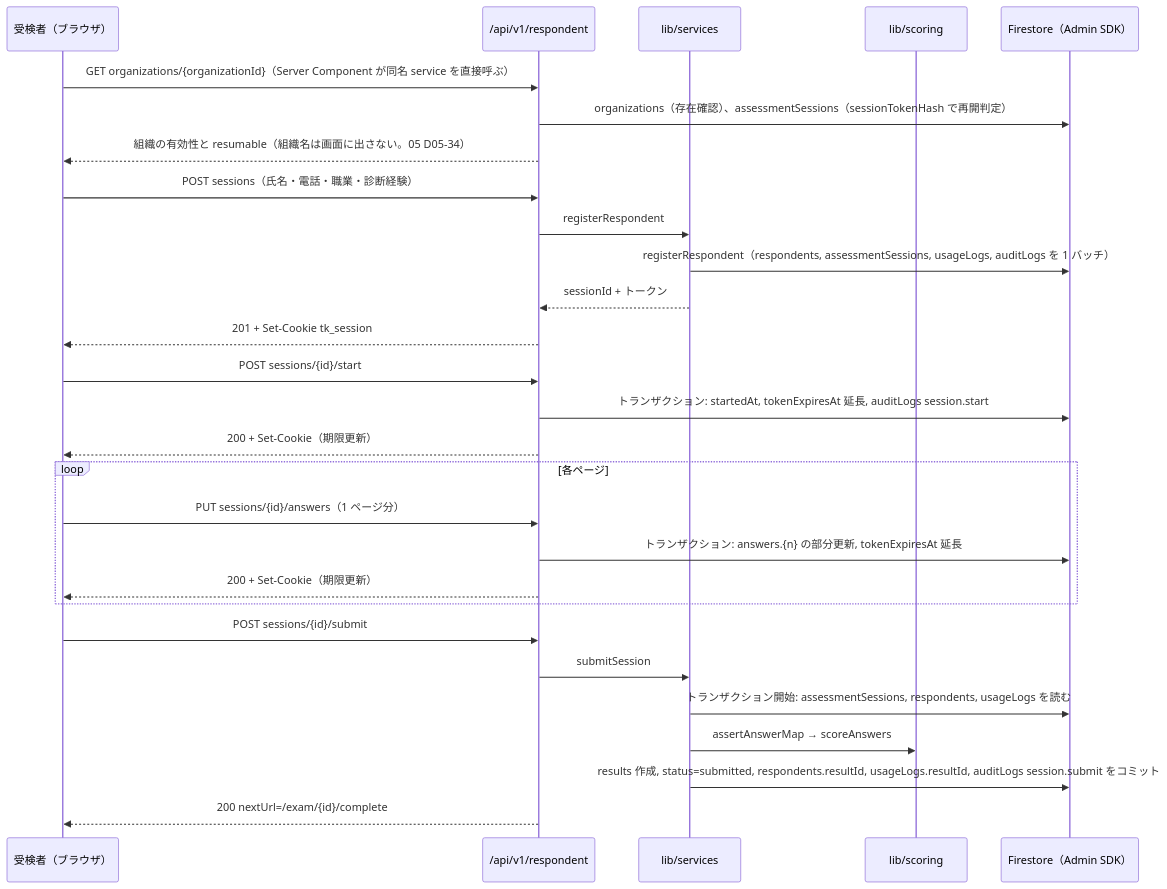
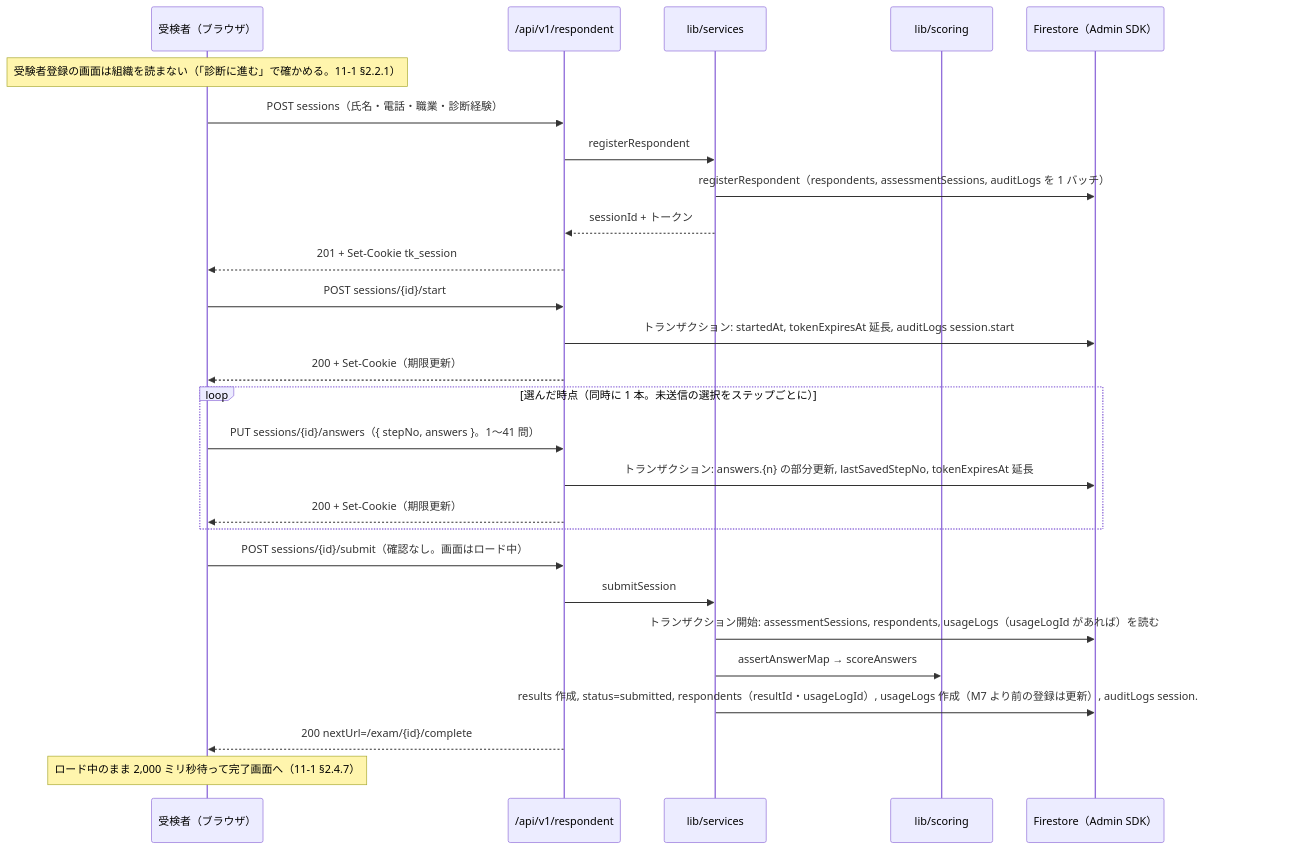
Before and after one commit to tanukichiyamaguchi/Tekisei-Kensa: the third of 7 diagrams in docs/基本設計/04_API設計.md, drawn with Mermaid. The commit also changed other lines of this file and 125 other files, not shown here.

First line of the commit message:
M7 PR-7.3: 受検者画面（4 ステップの受験・配色の基準・通知・API の stepNo・送信で作る利用履歴） (#21)

````diff
--- a/docs/基本設計/04_API設計.md
+++ b/docs/基本設計/04_API設計.md
@@ -1216,30 +1191,29 @@
 ```mermaid
 sequenceDiagram
     participant R as 受検者（ブラウザ）
     participant API as /api/v1/respondent
     participant S as lib/services
     participant SC as lib/scoring
     participant DB as Firestore（Admin SDK）
-    R->>API: GET organizations/{organizationId}（Server Component が同名 service を直接呼ぶ）
-    API->>DB: organizations（存在確認）、assessmentSessions（sessionTokenHash で再開判定）
-    API-->>R: 組織の有効性と resumable（組織名は画面に出さない。05 D05-34）
+    Note over R: 受験者登録の画面は組織を読まない（「診断に進む」で確かめる。11-1 §2.2.1）
     R->>API: POST sessions（氏名・電話・職業・診断経験）
     API->>S: registerRespondent
-    S->>DB: registerRespondent（respondents, assessmentSessions, usageLogs, auditLogs を 1 バッチ）
+    S->>DB: registerRespondent（respondents, assessmentSessions, auditLogs を 1 バッチ）
     S-->>API: sessionId + トークン
     API-->>R: 201 + Set-Cookie tk_session
     R->>API: POST sessions/{id}/start
     API->>DB: トランザクション: startedAt, tokenExpiresAt 延長, auditLogs session.start
     API-->>R: 200 + Set-Cookie（期限更新）
-    loop 各ページ
-        R->>API: PUT sessions/{id}/answers（1 ページ分）
-        API->>DB: トランザクション: answers.{n} の部分更新, tokenExpiresAt 延長
+    loop 選んだ時点（同時に 1 本。未送信の選択をステップごとに）
+        R->>API: PUT sessions/{id}/answers（{ stepNo, answers }。1〜41 問）
+        API->>DB: トランザクション: answers.{n} の部分更新, lastSavedStepNo, tokenExpiresAt 延長
         API-->>R: 200 + Set-Cookie（期限更新）
     end
-    R->>API: POST sessions/{id}/submit
+    R->>API: POST sessions/{id}/submit（確認なし。画面はロード中）
     API->>S: submitSession
-    S->>DB: トランザクション開始: assessmentSessions, respondents, usageLogs を読む
+    S->>DB: トランザクション開始: assessmentSessions, respondents, usageLogs（usageLogId があれば）を読む
     S->>SC: assertAnswerMap → scoreAnswers
-    S->>DB: results 作成, status=submitted, respondents.resultId, usageLogs.resultId, auditLogs session.submit をコミット
+    S->>DB: results 作成, status=submitted, respondents（resultId・usageLogId）, usageLogs 作成（M7 より前の登録は更新）, auditLogs session.submit をコミット
     API-->>R: 200 nextUrl=/exam/{id}/complete
+    Note over R: ロード中のまま 2,000 ミリ秒待って完了画面へ（11-1 §2.4.7）
 ```
````
